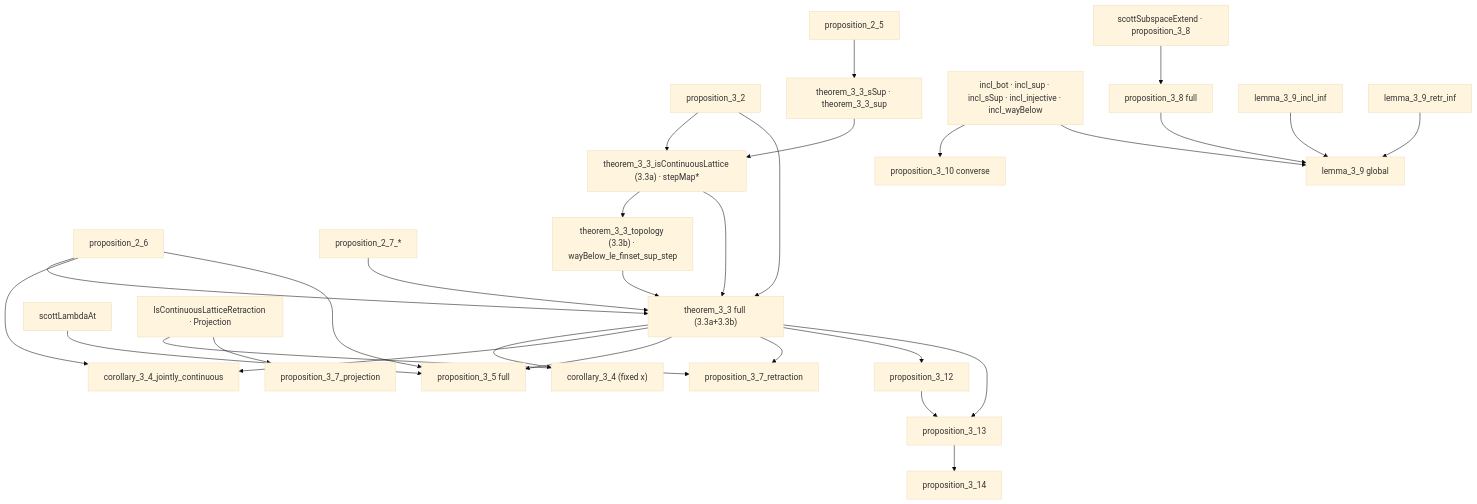
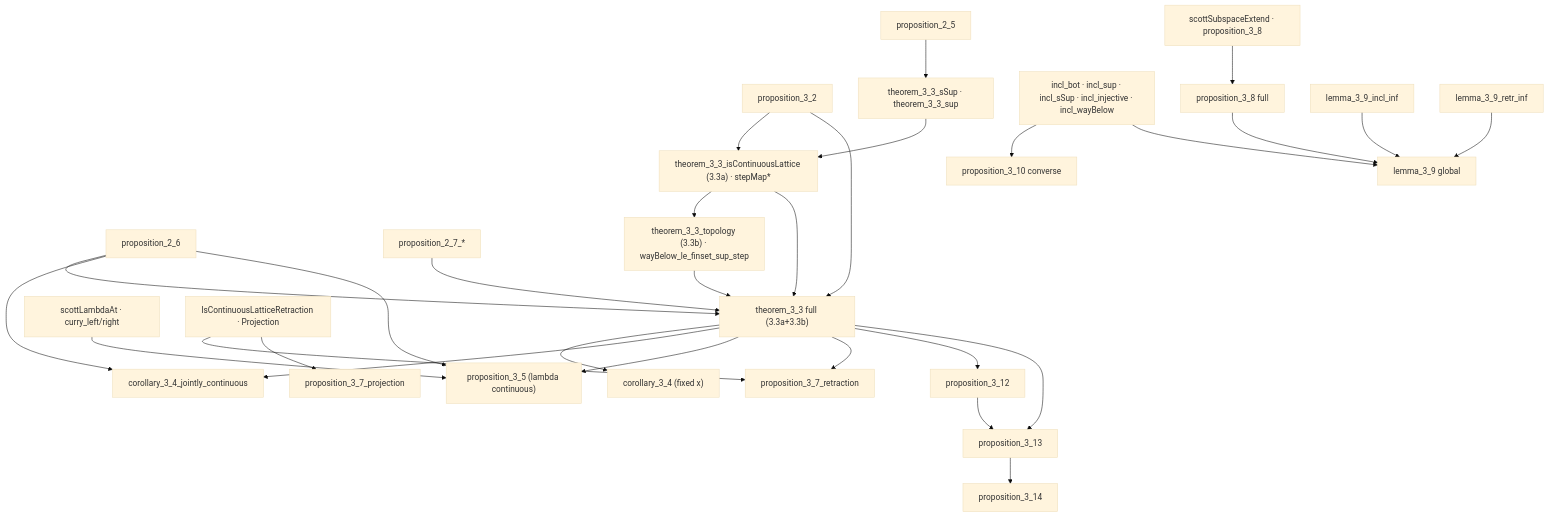
One commit to catskillsresearch/domain_theory changed the fifth of 8 diagrams in arxiv.md. Above: the diagram before and after it, drawn with Mermaid (base theme). The commit also changed other lines of this file and 1 other file, not shown here.

First line of the commit message:
feat(FunctionSpaces): prove Proposition 3.5 — functional abstraction is continuous

````diff
--- a/arxiv.md
+++ b/arxiv.md
@@ -324,57 +324,57 @@
 ```mermaid
 flowchart TD
   P25["proposition_2_5"]
   P26["proposition_2_6"]
   P27["proposition_2_7_*"]
   P32["proposition_3_2"]
   T33c["theorem_3_3_sSup · theorem_3_3_sup"]
   T33a["theorem_3_3_isContinuousLattice (3.3a) · stepMap*"]
   T33b["theorem_3_3_topology (3.3b) · wayBelow_le_finset_sup_step"]
   T33["theorem_3_3 full (3.3a+3.3b)"]
   C34x["corollary_3_4 (fixed x)"]
   C34j["corollary_3_4_jointly_continuous"]
-  P35r["scottLambdaAt"]
-  P35["proposition_3_5 full"]
+  P35r["scottLambdaAt · curry_left/right"]
+  P35["proposition_3_5 (lambda continuous)"]
   P37r["proposition_3_7_retraction"]
   P37p["proposition_3_7_projection"]
   D36["IsContinuousLatticeRetraction · Projection"]
   P310f["incl_bot · incl_sup · incl_sSup · incl_injective · incl_wayBelow"]
   P310c["proposition_3_10 converse"]
   P38p["scottSubspaceExtend · proposition_3_8"]
   P38["proposition_3_8 full"]
   L39i["lemma_3_9_incl_inf"]
   L39r["lemma_3_9_retr_inf"]
   L39["lemma_3_9 global"]
   P312["proposition_3_12"]
   P313["proposition_3_13"]
   P314["proposition_3_14"]
 
   P25 --> T33c
   T33c --> T33a
   P32 --> T33a
   T33a --> T33b
   T33a --> T33
   T33b --> T33
   P26 --> T33
   P27 --> T33
   T33 --> C34x
   P26 --> C34j
   T33 --> C34j
   T33 --> P35
   P26 --> P35
   P35r --> P35
   D36 --> P37r
   D36 --> P37p
   T33 --> P37r
   T33 --> P312
   P310f --> P310c
   P310f --> L39
   P38p --> P38
   P38 --> L39
   L39i --> L39
   L39r --> L39
   T33 --> P313
   P313 --> P314
   P312 --> P313
   P32 --> T33
 ```
````
